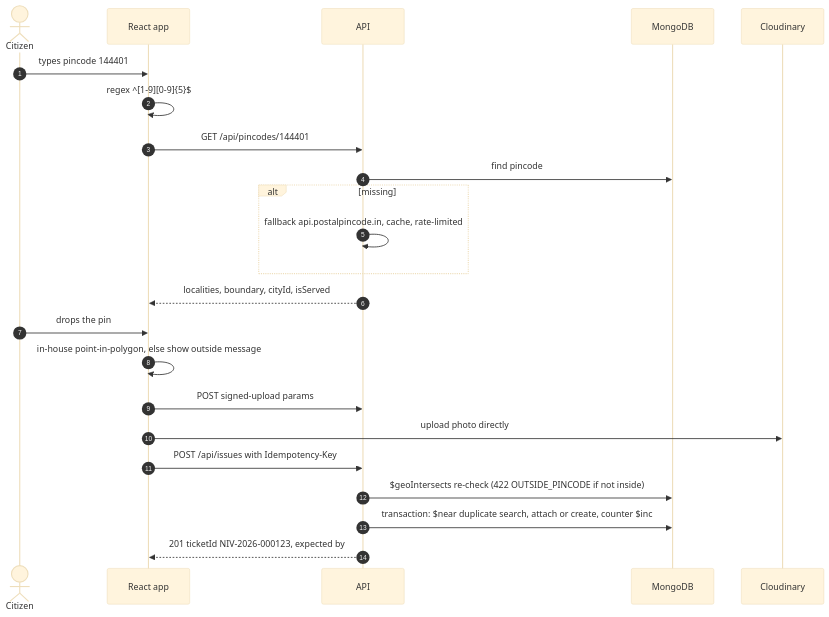
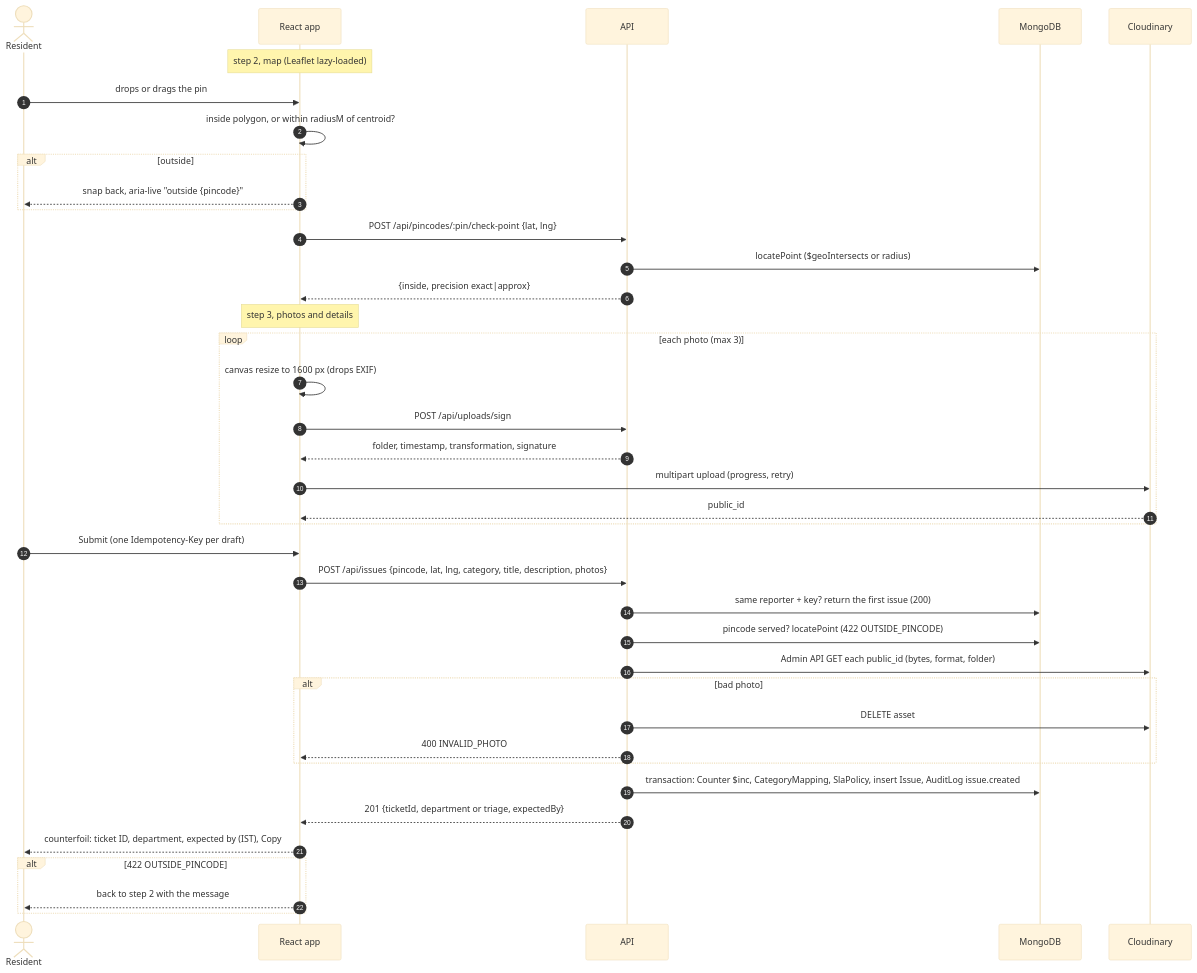
One commit to sachinsharmaa07/NVN changed diagram 24 of 38 in docs/ARCHITECTURE.md. Above: the diagram before and after it, drawn with Mermaid (base theme). The commit also changed other lines of this file, not shown here.

Commit message:
docs(architecture): report sequence from map pin to counterfoil

````diff
--- a/docs/ARCHITECTURE.md
+++ b/docs/ARCHITECTURE.md
@@ -1289,26 +1291,42 @@
 ```mermaid
 sequenceDiagram
   autonumber
-  actor U as Citizen
+  actor U as Resident
   participant C as React app
   participant API
   participant DB as MongoDB
   participant CL as Cloudinary
 
-  U->>C: types pincode 144401
-  C->>C: regex ^[1-9][0-9]{5}$
-  C->>API: GET /api/pincodes/144401
-  API->>DB: find pincode
-  alt missing
-    API->>API: fallback api.postalpincode.in, cache, rate-limited
+  Note over C: step 2, map (Leaflet lazy-loaded)
+  U->>C: drops or drags the pin
+  C->>C: inside polygon, or within radiusM of centroid?
+  alt outside
+    C-->>U: snap back, aria-live "outside {pincode}"
   end
-  API-->>C: localities, boundary, cityId, isServed
-  U->>C: drops the pin
-  C->>C: in-house point-in-polygon, else show outside message
-  C->>API: POST signed-upload params
-  C->>CL: upload photo directly
-  C->>API: POST /api/issues with Idempotency-Key
-  API->>DB: $geoIntersects re-check (422 OUTSIDE_PINCODE if not inside)
-  API->>DB: transaction: $near duplicate search, attach or create, counter $inc
-  API-->>C: 201 ticketId NIV-2026-000123, expected by
+  C->>API: POST /api/pincodes/:pin/check-point {lat, lng}
+  API->>DB: locatePoint ($geoIntersects or radius)
+  API-->>C: {inside, precision exact|approx}
+  Note over C: step 3, photos and details
+  loop each photo (max 3)
+    C->>C: canvas resize to 1600 px (drops EXIF)
+    C->>API: POST /api/uploads/sign
+    API-->>C: folder, timestamp, transformation, signature
+    C->>CL: multipart upload (progress, retry)
+    CL-->>C: public_id
+  end
+  U->>C: Submit (one Idempotency-Key per draft)
+  C->>API: POST /api/issues {pincode, lat, lng, category, title, description, photos}
+  API->>DB: same reporter + key? return the first issue (200)
+  API->>DB: pincode served? locatePoint (422 OUTSIDE_PINCODE)
+  API->>CL: Admin API GET each public_id (bytes, format, folder)
+  alt bad photo
+    API->>CL: DELETE asset
+    API-->>C: 400 INVALID_PHOTO
+  end
+  API->>DB: transaction: Counter $inc, CategoryMapping, SlaPolicy, insert Issue, AuditLog issue.created
+  API-->>C: 201 {ticketId, department or triage, expectedBy}
+  C-->>U: counterfoil: ticket ID, department, expected by (IST), Copy
+  alt 422 OUTSIDE_PINCODE
+    C-->>U: back to step 2 with the message
+  end
 ```
````
